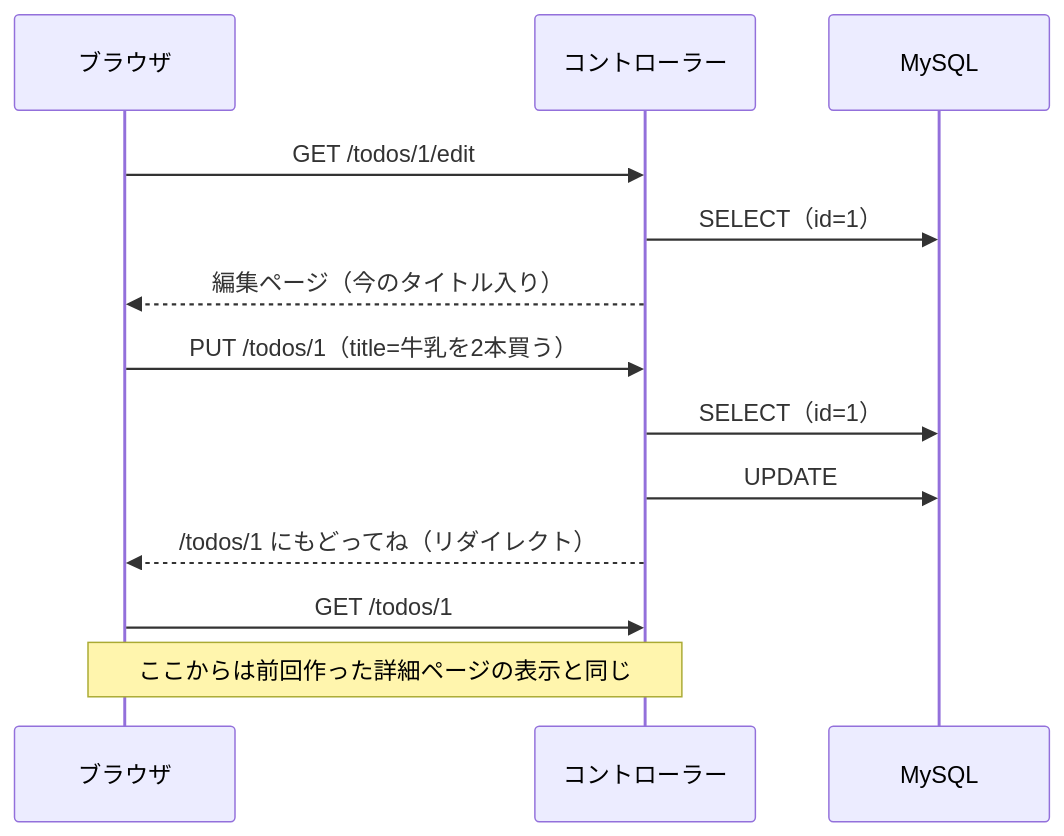
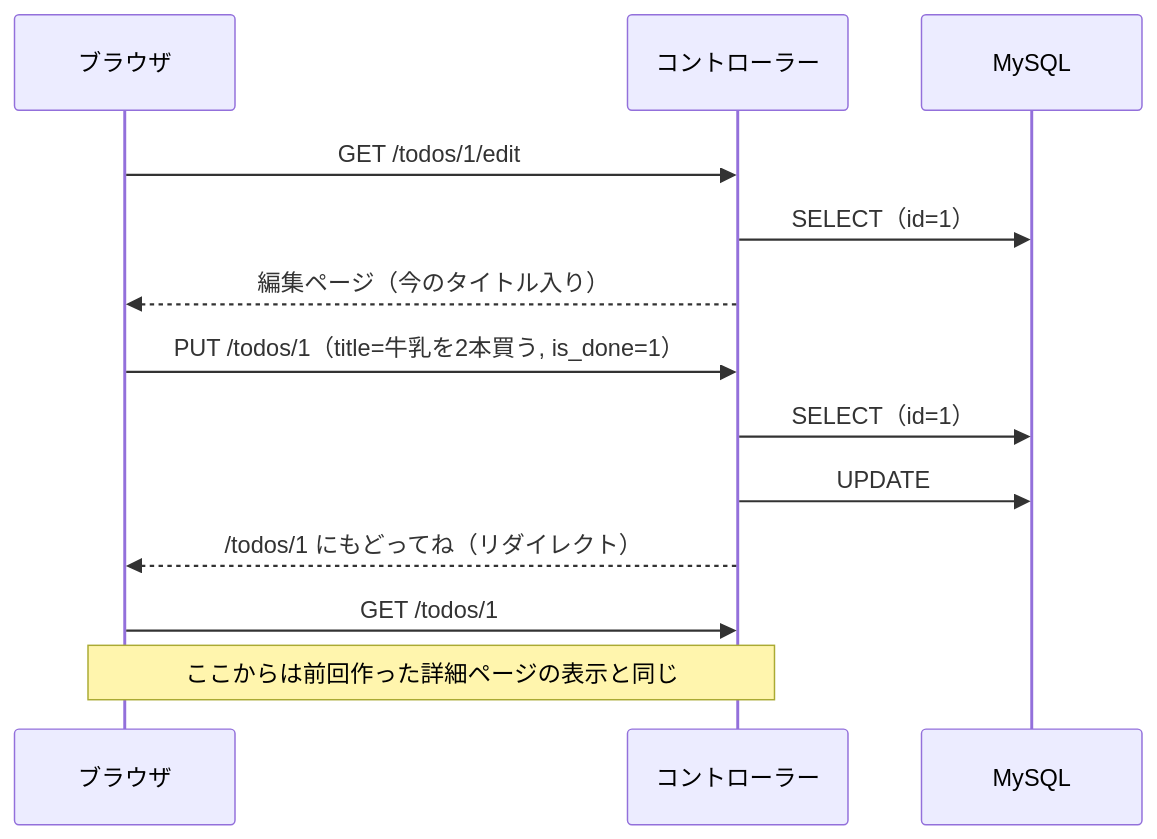
Before and after one commit to hakobunet/iica-koyama: the fourth of 5 diagrams in docs/1年生_データ設計とアプリ開発/後期/20261029/20261029_資料_1.md, drawn with Mermaid. The commit also changed other lines of this file and 2 other files, not shown here.

````diff
--- a/docs/1年生_データ設計とアプリ開発/後期/20261029/20261029_資料_1.md
+++ b/docs/1年生_データ設計とアプリ開発/後期/20261029/20261029_資料_1.md
@@ -335,15 +362,15 @@
 ```mermaid
 sequenceDiagram
     participant B as ブラウザ
     participant C as コントローラー
     participant D as MySQL
     B->>C: GET /todos/1/edit
     C->>D: SELECT（id=1）
     C-->>B: 編集ページ（今のタイトル入り）
-    B->>C: PUT /todos/1（title=牛乳を2本買う）
+    B->>C: PUT /todos/1（title=牛乳を2本買う, is_done=1）
     C->>D: SELECT（id=1）
     C->>D: UPDATE
     C-->>B: /todos/1 にもどってね（リダイレクト）
     B->>C: GET /todos/1
     Note over B,C: ここからは前回作った詳細ページの表示と同じ
 ```
````
